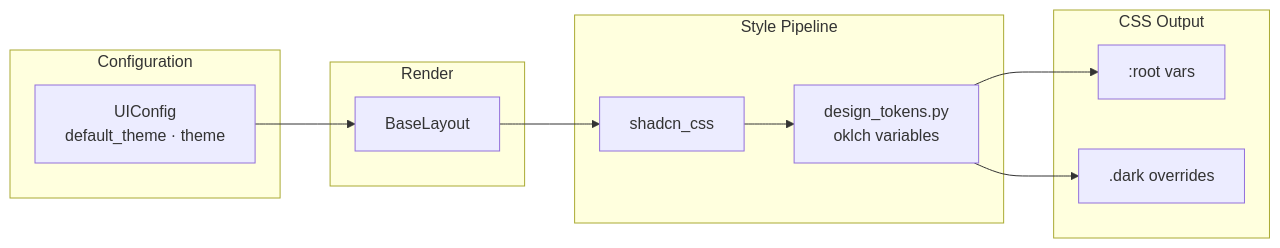
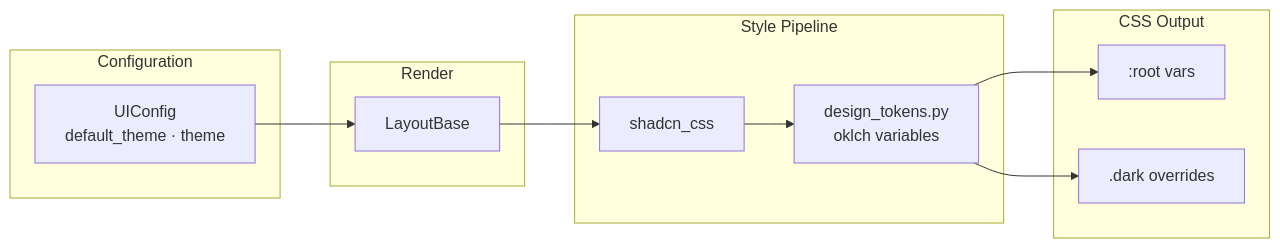
Before and after one commit to dbtinoy-/lexigram-framework-docs: the first of 2 diagrams in src/content/docs/experimental/lexigram-ui/docs/GUIDE.md, drawn with Mermaid. The commit also changed 66 other files, not shown here.

````diff
--- a/src/content/docs/experimental/lexigram-ui/docs/GUIDE.md
+++ b/src/content/docs/experimental/lexigram-ui/docs/GUIDE.md
@@ -123,23 +123,23 @@
 ```mermaid
 flowchart LR
     subgraph Config[Configuration]
         UC[UIConfig<br/>default_theme · theme]
     end
     subgraph Layout[Render]
-        BL[BaseLayout]
+        BL[LayoutBase]
     end
     subgraph Style[Style Pipeline]
         SC[shadcn_css]
         DT[design_tokens.py<br/>oklch variables]
     end
     subgraph Output[CSS Output]
         R[:root vars]
         D[.dark overrides]
     end
 
     UC --> BL
     BL --> SC
     SC --> DT
     DT --> R
     DT --> D
 ```
````
